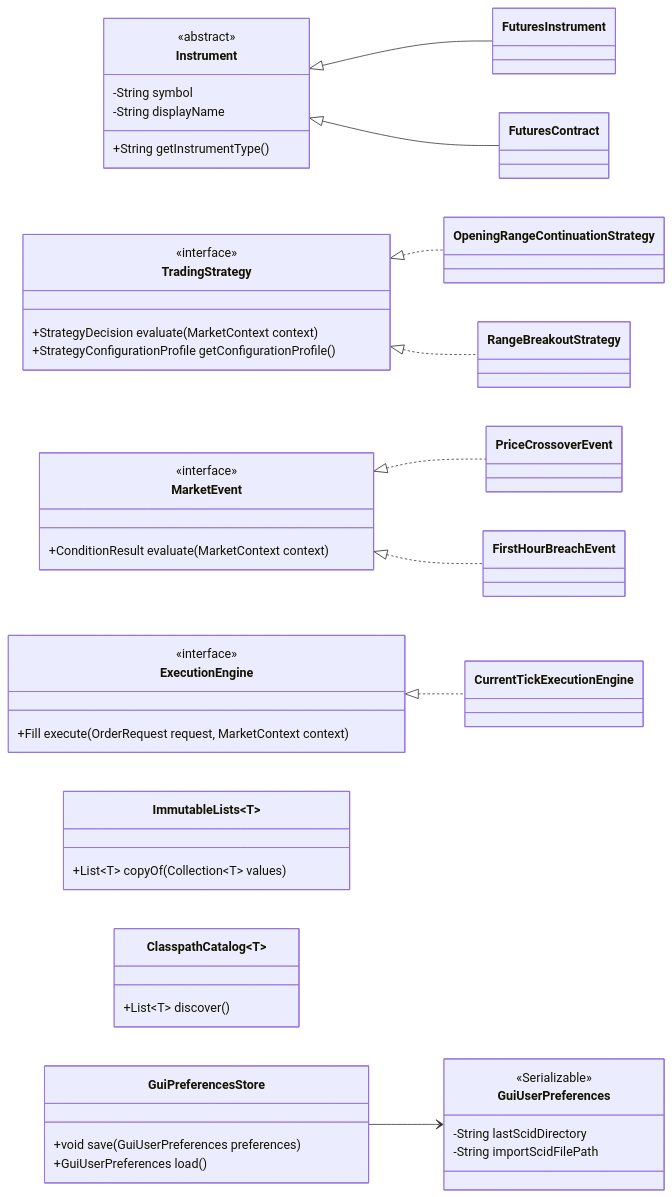
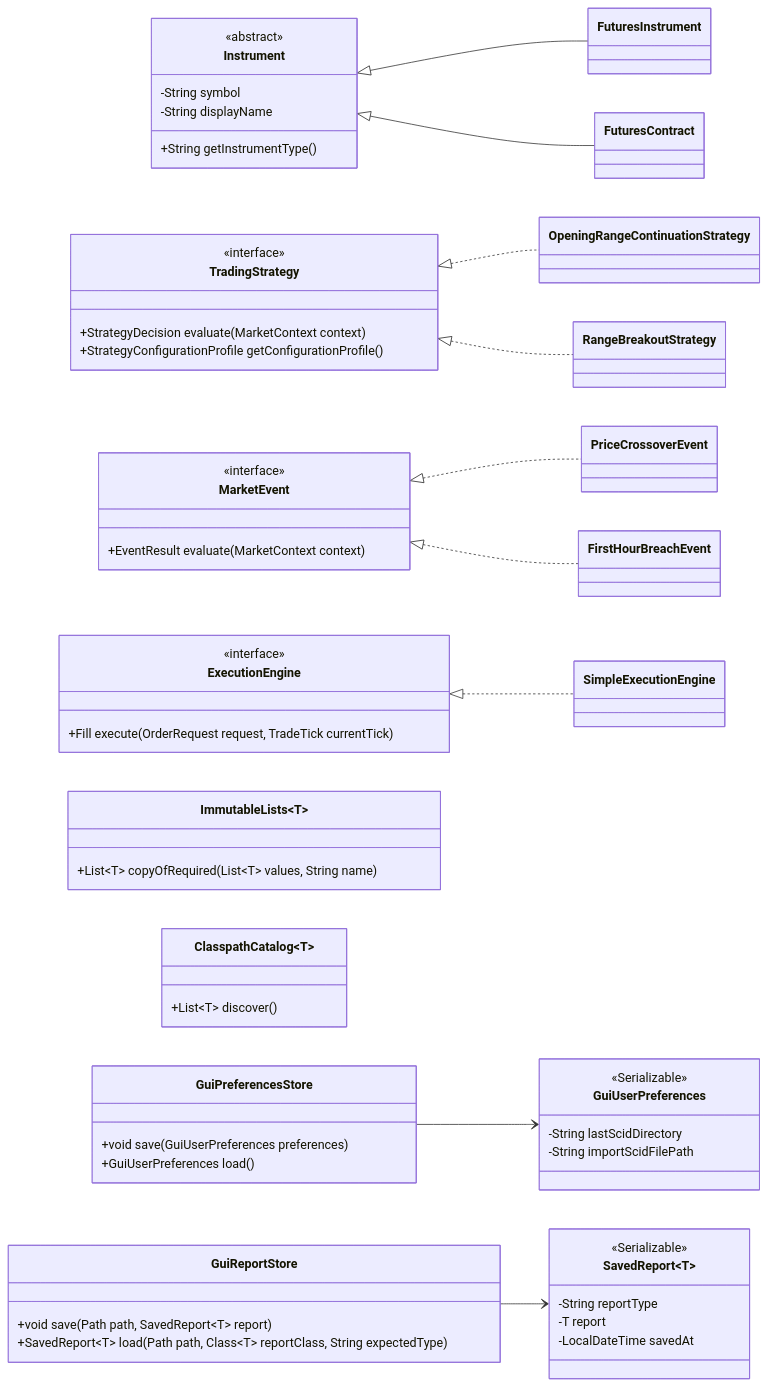
Before and after one commit to probst-paul/FORGE: the diagram in docs/diagrams/object-oriented-design.md, drawn with Mermaid. The commit also changed 4 other files, not shown here.

First line of the commit message:
Update docs diagrams for import, DB, and UI changes

````diff
--- a/docs/diagrams/object-oriented-design.md
+++ b/docs/diagrams/object-oriented-design.md
@@ -3,66 +3,79 @@
 ```mermaid
 classDiagram
     direction LR
 
     class Instrument {
         <<abstract>>
         -String symbol
         -String displayName
         +String getInstrumentType()
     }
 
     class FuturesInstrument
     class FuturesContract
     Instrument <|-- FuturesInstrument
     Instrument <|-- FuturesContract
 
     class TradingStrategy {
         <<interface>>
         +StrategyDecision evaluate(MarketContext context)
         +StrategyConfigurationProfile getConfigurationProfile()
     }
 
     class OpeningRangeContinuationStrategy
     class RangeBreakoutStrategy
     TradingStrategy <|.. OpeningRangeContinuationStrategy
     TradingStrategy <|.. RangeBreakoutStrategy
 
     class MarketEvent {
         <<interface>>
-        +ConditionResult evaluate(MarketContext context)
+        +EventResult evaluate(MarketContext context)
     }
 
     class PriceCrossoverEvent
     class FirstHourBreachEvent
     MarketEvent <|.. PriceCrossoverEvent
     MarketEvent <|.. FirstHourBreachEvent
 
     class ExecutionEngine {
         <<interface>>
-        +Fill execute(OrderRequest request, MarketContext context)
+        +Fill execute(OrderRequest request, TradeTick currentTick)
     }
 
-    class CurrentTickExecutionEngine
-    ExecutionEngine <|.. CurrentTickExecutionEngine
+    class SimpleExecutionEngine
+    ExecutionEngine <|.. SimpleExecutionEngine
 
     class ImmutableLists~T~ {
-        +List~T~ copyOf(Collection~T~ values)
+        +List~T~ copyOfRequired(List~T~ values, String name)
     }
 
     class ClasspathCatalog~T~ {
         +List~T~ discover()
     }
 
     class GuiUserPreferences {
         <<Serializable>>
         -String lastScidDirectory
         -String importScidFilePath
     }
 
+    class SavedReport~T~ {
+        <<Serializable>>
+        -String reportType
+        -T report
+        -LocalDateTime savedAt
+    }
+
     class GuiPreferencesStore {
         +void save(GuiUserPreferences preferences)
         +GuiUserPreferences load()
     }
 
+    class GuiReportStore {
+        +void save(Path path, SavedReport~T~ report)
+        +SavedReport~T~ load(Path path, Class~T~ reportClass, String expectedType)
+    }
+
     GuiPreferencesStore --> GuiUserPreferences
+    GuiReportStore --> SavedReport
 ```
````
